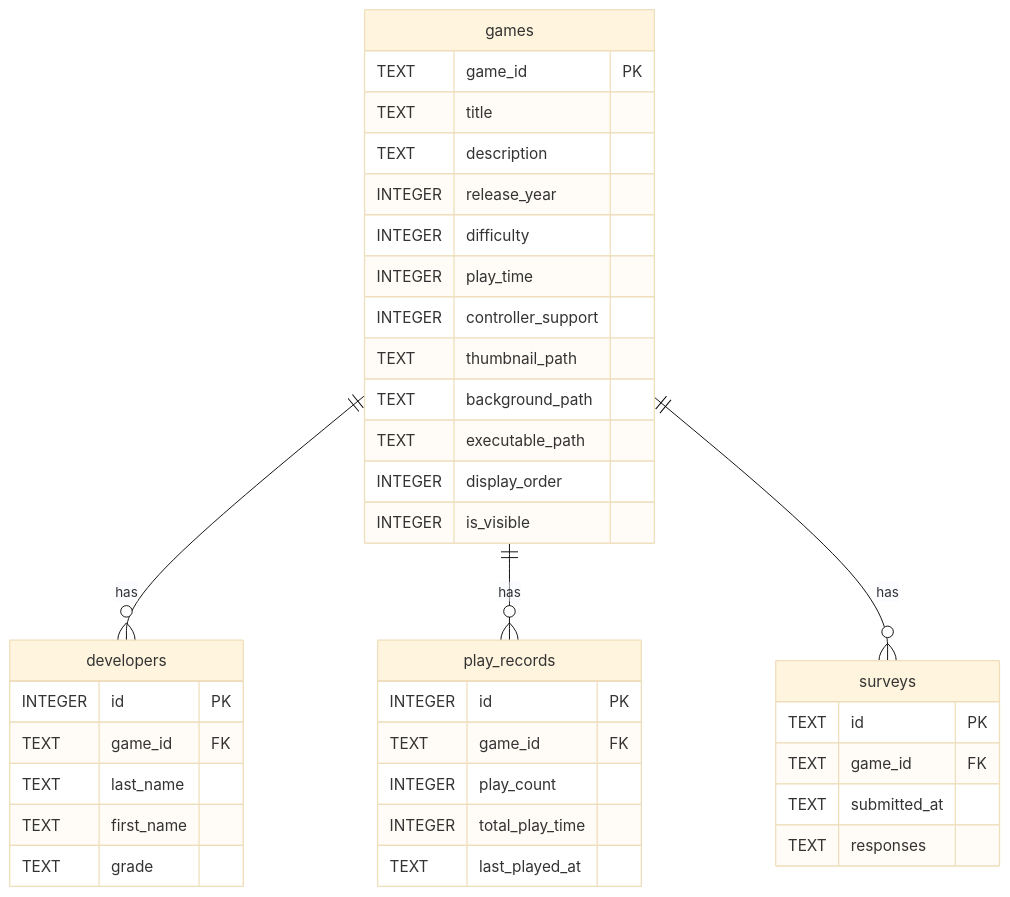
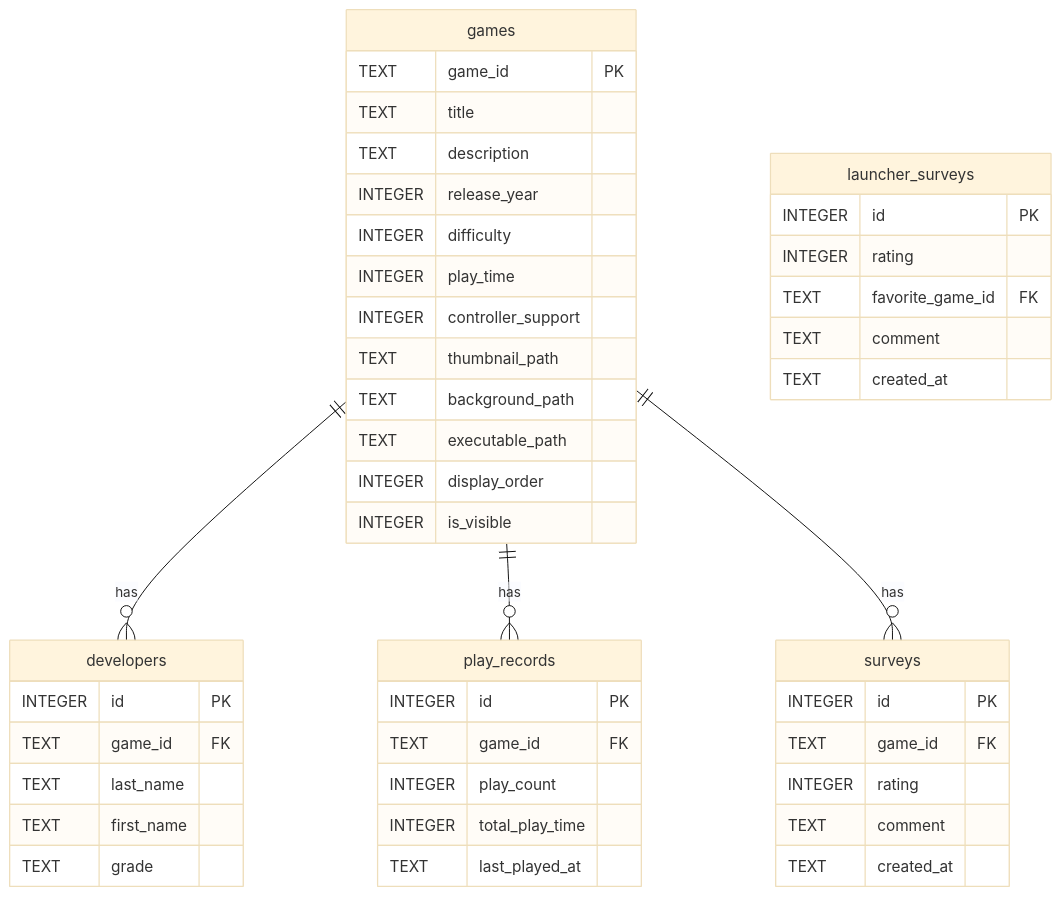
One commit to ken1208git/TonePrism changed the second of 2 diagrams in SPECIFICATION.md. Above: the diagram before and after it, drawn with Mermaid (base theme). The commit also changed other lines of this file and 1 other file, not shown here.

Commit message:
feat: アンケート機能仕様変更とDB更新（詳細は本文）
仕様変更: ゲーム個別（+コメント）、全体（+気に入り+コメント）に分離。実装変更: DatabaseManager.csにてテーブル定義とマイグレーションロジックを更新。

````diff
--- a/SPECIFICATION.md
+++ b/SPECIFICATION.md
@@ -1294,40 +1294,48 @@
 ```mermaid
 erDiagram
     games ||--o{ developers : "has"
     games ||--o{ play_records : "has"
     games ||--o{ surveys : "has"
     games {
         TEXT game_id PK
         TEXT title
         TEXT description
         INTEGER release_year
         INTEGER difficulty
         INTEGER play_time
         INTEGER controller_support
         TEXT thumbnail_path
         TEXT background_path
         TEXT executable_path
         INTEGER display_order
         INTEGER is_visible
     }
     developers {
         INTEGER id PK
         TEXT game_id FK
         TEXT last_name
         TEXT first_name
         TEXT grade
     }
     play_records {
         INTEGER id PK
         TEXT game_id FK
         INTEGER play_count
         INTEGER total_play_time
         TEXT last_played_at
     }
     surveys {
-        TEXT id PK
+        INTEGER id PK
         TEXT game_id FK
-        TEXT submitted_at
-        TEXT responses
+        INTEGER rating
+        TEXT comment
+        TEXT created_at
+    }
+    launcher_surveys {
+        INTEGER id PK
+        INTEGER rating
+        TEXT favorite_game_id FK
+        TEXT comment
+        TEXT created_at
     }
 ```
````
